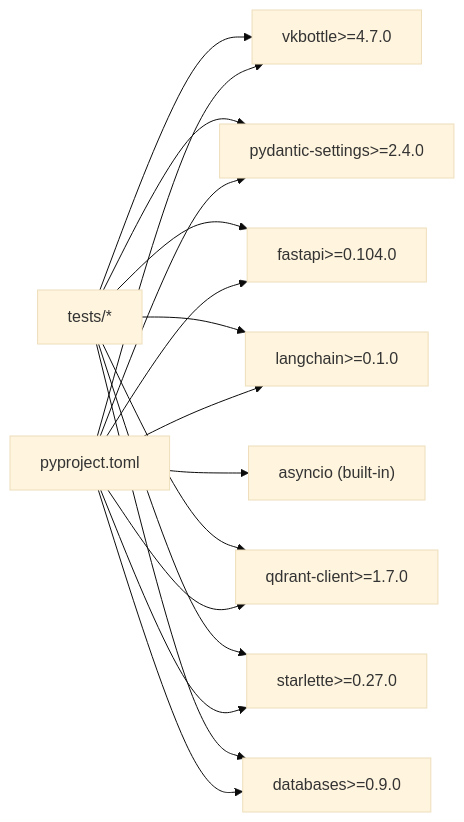
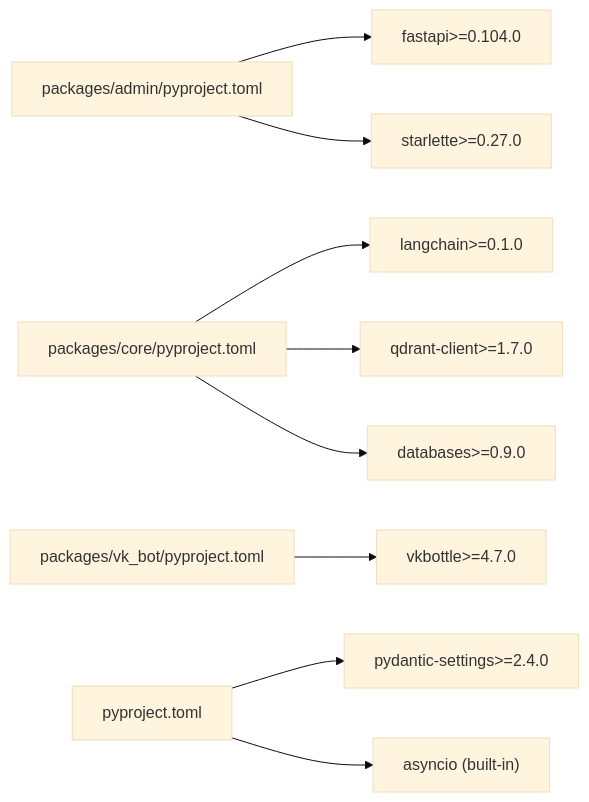
The fourth of 4 diagrams in .qoder/repowiki/en/content/API Reference/API Reference.md (ognelis/cafetera_hr_bot), drawn with Mermaid (base theme) before and after one commit. The commit also changed other lines of this file and 139 other files, not shown here.

````diff
--- a/.qoder/repowiki/en/content/API Reference/API Reference.md
+++ b/.qoder/repowiki/en/content/API Reference/API Reference.md
@@ -898,18 +716,11 @@
 ```mermaid
 graph LR
-P["pyproject.toml"] --> V["vkbottle>=4.7.0"]
-P --> PS["pydantic-settings>=2.4.0"]
-P --> FA["fastapi>=0.104.0"]
-P --> LC["langchain>=0.1.0"]
-P --> QC["qdrant-client>=1.7.0"]
-P --> ST["starlette>=0.27.0"]
-P --> DB["databases>=0.9.0"]
-P --> AS["asyncio (built-in)"]
-T["tests/*"] --> V
-T --> PS
-T --> FA
-T --> LC
-T --> QC
-T --> ST
-T --> DB
+P_ADMIN["packages/admin/pyproject.toml"] --> FA["fastapi>=0.104.0"]
+P_ADMIN --> ST["starlette>=0.27.0"]
+P_CORE["packages/core/pyproject.toml"] --> LC["langchain>=0.1.0"]
+P_CORE --> QC["qdrant-client>=1.7.0"]
+P_CORE --> DB["databases>=0.9.0"]
+P_VK["packages/vk_bot/pyproject.toml"] --> VB["vkbottle>=4.7.0"]
+P_ALL["pyproject.toml"] --> PS["pydantic-settings>=2.4.0"]
+P_ALL --> AS["asyncio (built-in)"]
 ```
````
